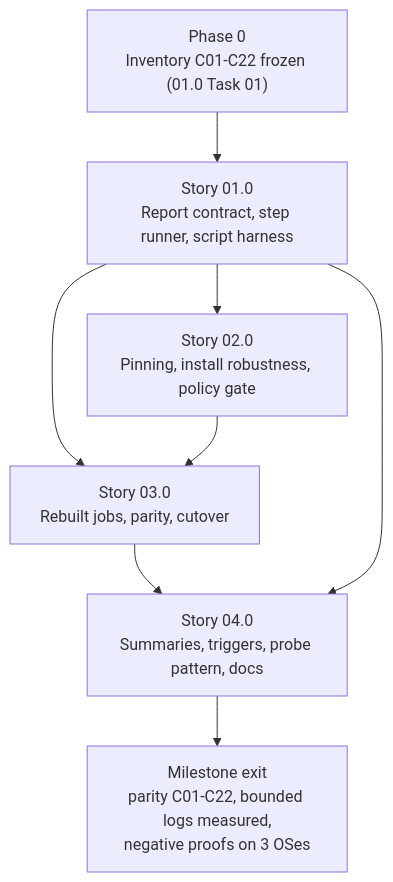
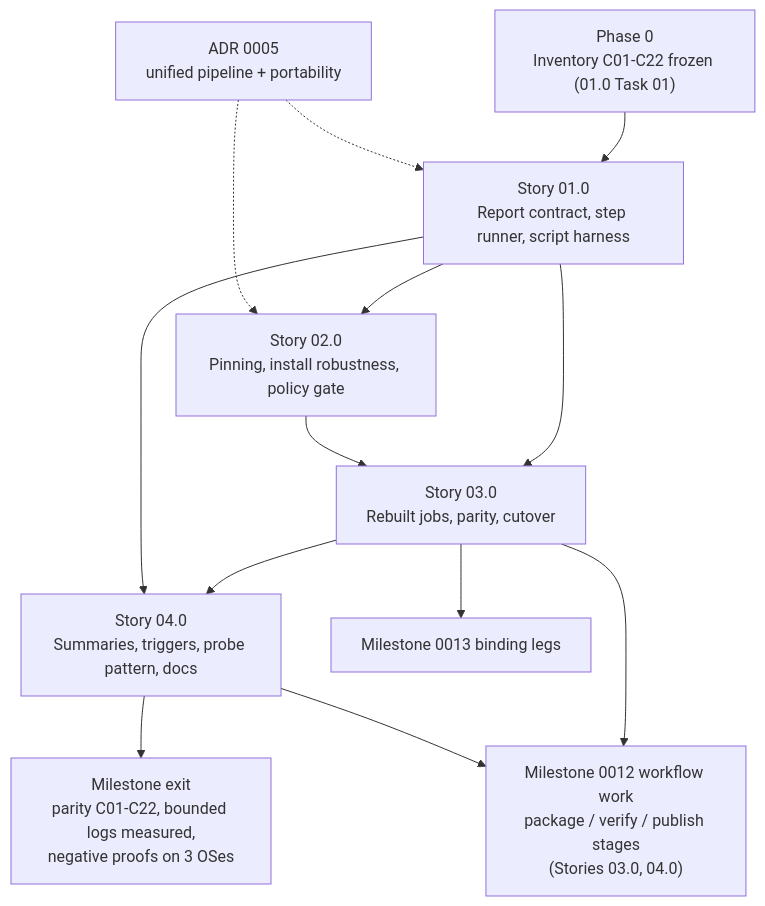
One commit to yuchdev/SmbiosUtil changed the diagram in docs/roadmap/0014-ci-rework-from-scratch/plan.md. Above: the diagram before and after it, drawn with Mermaid. The commit also changed other lines of this file and 20 other files, not shown here.

````diff
--- a/docs/roadmap/0014-ci-rework-from-scratch/plan.md
+++ b/docs/roadmap/0014-ci-rework-from-scratch/plan.md
@@ -171,10 +252,15 @@
 ```mermaid
 flowchart TD
     P0["Phase 0<br/>Inventory C01-C22 frozen (01.0 Task 01)"] --> A
     A["Story 01.0<br/>Report contract, step runner, script harness"] --> B["Story 02.0<br/>Pinning, install robustness, policy gate"]
     A --> C["Story 03.0<br/>Rebuilt jobs, parity, cutover"]
     B --> C
     C --> D["Story 04.0<br/>Summaries, triggers, probe pattern, docs"]
     A --> D
     D --> M["Milestone exit<br/>parity C01-C22, bounded logs measured,<br/>negative proofs on 3 OSes"]
+    ADR["ADR 0005<br/>unified pipeline + portability"] -.-> A
+    ADR -.-> B
+    C --> P12["Milestone 0012 workflow work<br/>package / verify / publish stages<br/>(Stories 03.0, 04.0)"]
+    D --> P12
+    C --> P13["Milestone 0013 binding legs"]
 ```
````
